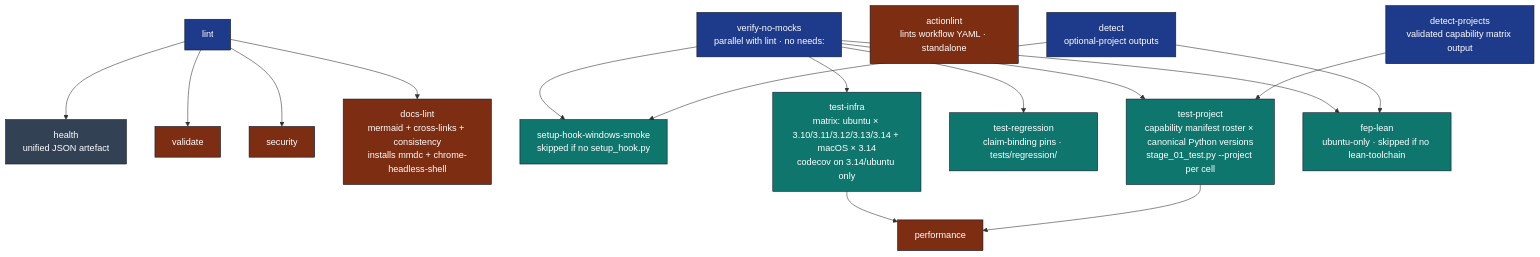
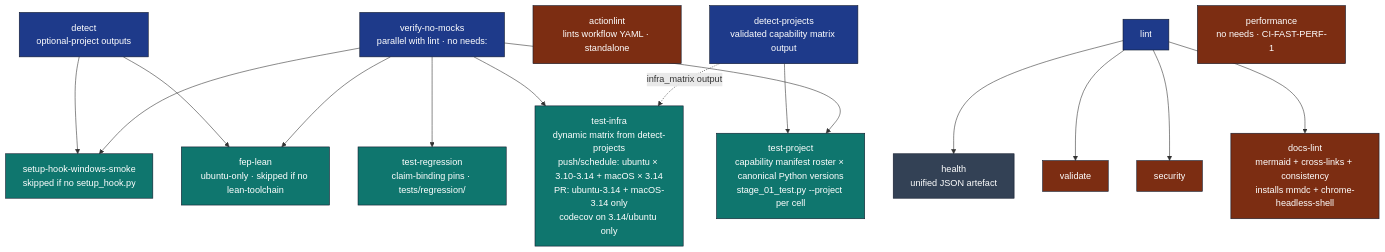
Before and after one commit to docxology/template: the second of 2 diagrams in .github/workflows/AGENTS.md, drawn with Mermaid. The commit also changed other lines of this file and 5 other files, not shown here.

First line of the commit message:
ci: speed up PR wall-clock (CI-FAST-INFRA-COMPAT-1, CI-FAST-PERF-1)

````diff
--- a/.github/workflows/AGENTS.md
+++ b/.github/workflows/AGENTS.md
@@ -47,30 +47,30 @@
 ```mermaid
 flowchart TB
     DET[detect<br/>optional-project outputs]
     DETP[detect-projects<br/>validated capability matrix output]
     ACTLINT[actionlint<br/>lints workflow YAML · standalone]
     LINT[lint] --> HEALTH[health<br/>unified JSON artefact]
     VNM[verify-no-mocks<br/>parallel with lint · no needs:]
     LINT --> VAL[validate]
     LINT --> SEC[security]
     LINT --> DL[docs-lint<br/>mermaid + cross-links + consistency<br/>installs mmdc + chrome-headless-shell]
     VNM --> SHW[setup-hook-windows-smoke<br/>skipped if no setup_hook.py]
-    VNM --> TI[test-infra<br/>matrix: ubuntu × 3.10/3.11/3.12/3.13/3.14 + macOS × 3.14<br/>codecov on 3.14/ubuntu only]
+    DETP -.->|infra_matrix output| TI
+    VNM --> TI[test-infra<br/>dynamic matrix from detect-projects<br/>push/schedule: ubuntu × 3.10-3.14 + macOS × 3.14<br/>PR: ubuntu-3.14 + macOS-3.14 only<br/>codecov on 3.14/ubuntu only]
     VNM --> TR[test-regression<br/>claim-binding pins · tests/regression/]
     VNM --> TP[test-project<br/>capability manifest roster × canonical Python versions<br/>stage_01_test.py --project per cell]
     VNM --> FL[fep-lean<br/>ubuntu-only · skipped if no lean-toolchain]
     DET --> SHW
     DET --> FL
     DETP --> TP
-    TI --> PERF[performance]
-    TP --> PERF
+    PERF[performance<br/>no needs · CI-FAST-PERF-1]
 
     classDef gate fill:#1e3a8a,stroke:#0f172a,color:#fff
     classDef matrix fill:#0f766e,stroke:#0f172a,color:#fff
     classDef terminal fill:#7c2d12,stroke:#0f172a,color:#fff
     classDef info fill:#334155,stroke:#0f172a,color:#fff
     class DET,DETP,LINT,VNM gate
     class TI,TR,TP,FL,SHW matrix
     class VAL,SEC,DL,PERF,ACTLINT terminal
     class HEALTH info
 ```
````
